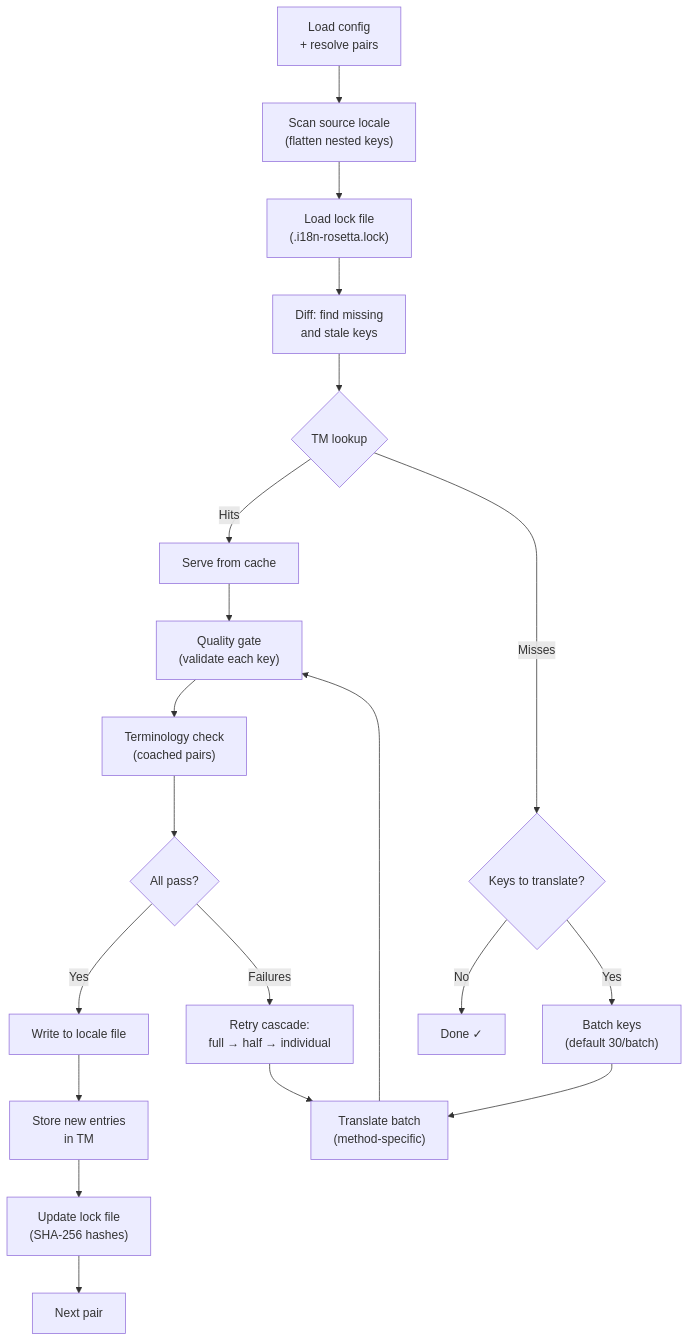
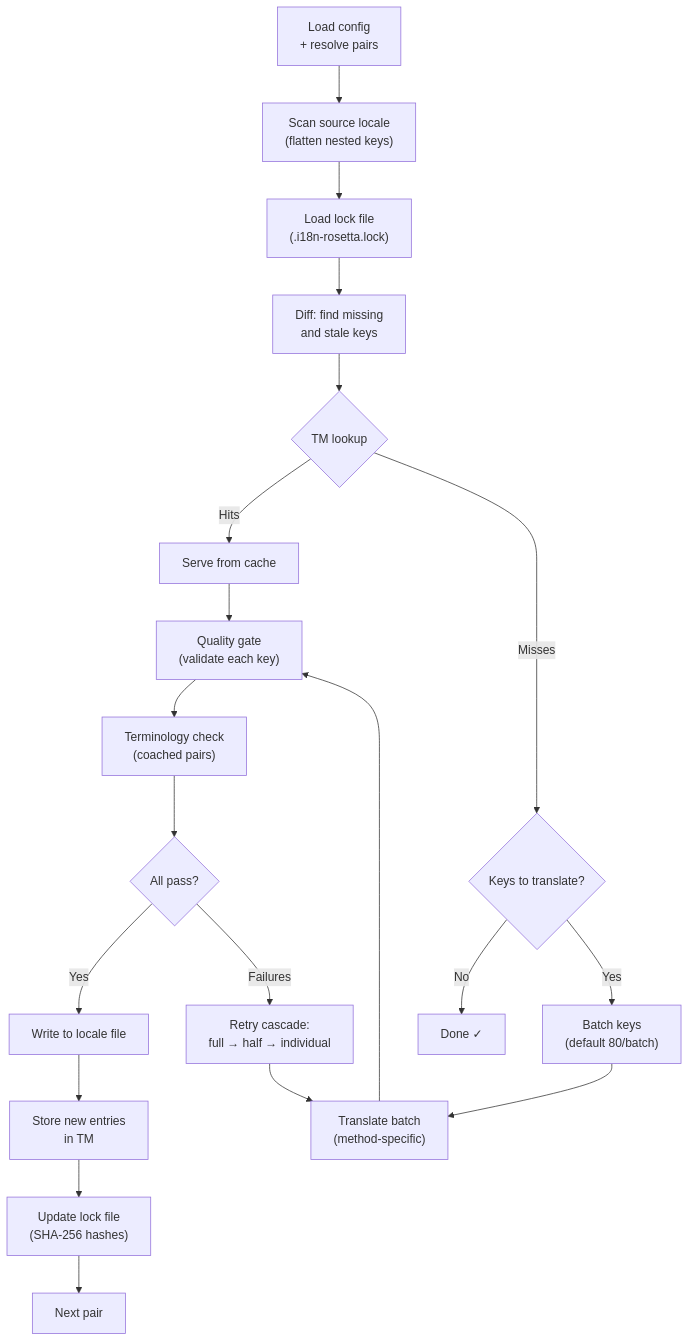
The diagram in website/docs/concepts/how-sync-works.md (gamedaysuits/i18n-autopilot), drawn with Mermaid before and after one commit. The commit also changed other lines of this file and 18 other files, not shown here.

````diff
--- a/website/docs/concepts/how-sync-works.md
+++ b/website/docs/concepts/how-sync-works.md
@@ -12,22 +12,22 @@
 ```mermaid
 flowchart TD
     A["Load config\n+ resolve pairs"] --> B["Scan source locale\n(flatten nested keys)"]
     B --> C["Load lock file\n(.i18n-rosetta.lock)"]
     C --> D["Diff: find missing\nand stale keys"]
     D --> TM{"TM lookup"}
     TM -->|Hits| TC["Serve from cache"]
     TM -->|Misses| E{"Keys to translate?"}
     E -->|No| F["Done ✓"]
-    E -->|Yes| G["Batch keys\n(default 30/batch)"]
+    E -->|Yes| G["Batch keys\n(default 80/batch)"]
     G --> H["Translate batch\n(method-specific)"]
     H --> I["Quality gate\n(validate each key)"]
     I --> TERM["Terminology check\n(coached pairs)"]
     TERM --> J{"All pass?"}
     J -->|Yes| K["Write to locale file"]
     J -->|Failures| L["Retry cascade:\nfull → half → individual"]
     L --> H
     TC --> I
     K --> TMS["Store new entries\nin TM"]
     TMS --> M["Update lock file\n(SHA-256 hashes)"]
     M --> N["Next pair"]
 ```
````
